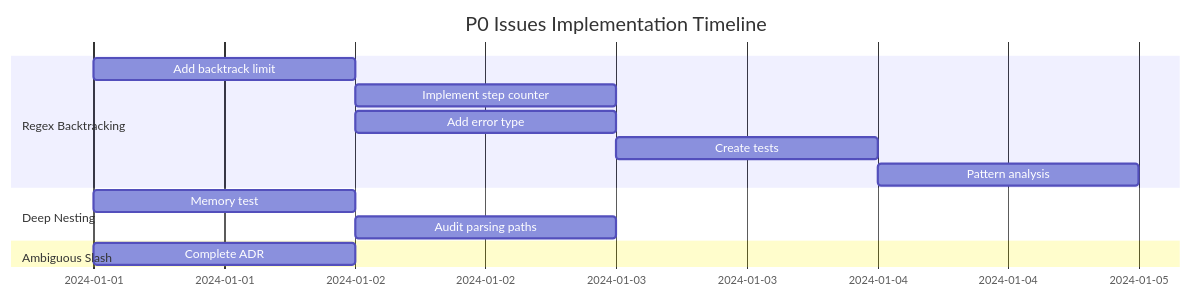
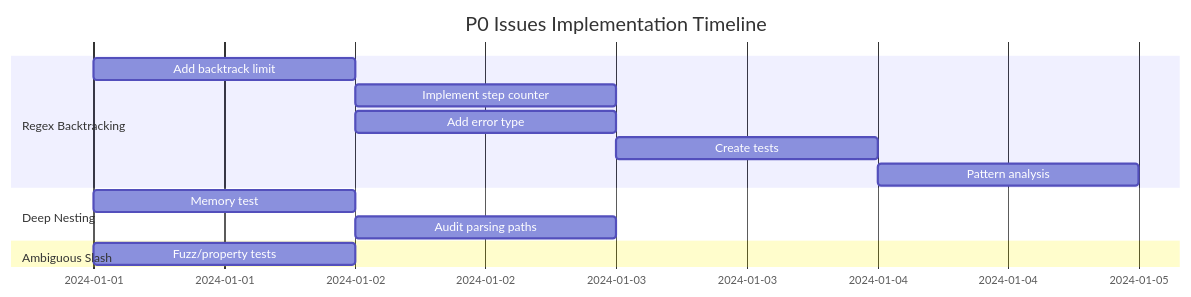
Before and after one commit to EffortlessMetrics/perl-lsp: the second of 2 diagrams in docs/issues/resolution-plans/README.md, drawn with Mermaid. The commit also changed other lines of this file and 3 other files, not shown here.

````diff
--- a/docs/issues/resolution-plans/README.md
+++ b/docs/issues/resolution-plans/README.md
@@ -103,16 +103,16 @@
 ```mermaid
 gantt
     title P0 Issues Implementation Timeline
     dateFormat  YYYY-MM-DD
     section Regex Backtracking
     Add backtrack limit        :a1, 2024-01-01, 1d
     Implement step counter     :a2, after a1, 1d
     Add error type             :a3, after a1, 1d
     Create tests               :a4, after a2, 1d
     Pattern analysis           :a5, after a4, 1d
     section Deep Nesting
     Memory test                :b1, 2024-01-01, 1d
     Audit parsing paths        :b2, after b1, 1d
     section Ambiguous Slash
-    Complete ADR               :c1, 2024-01-01, 1d
+    Fuzz/property tests        :c1, 2024-01-01, 1d
 ```
````
